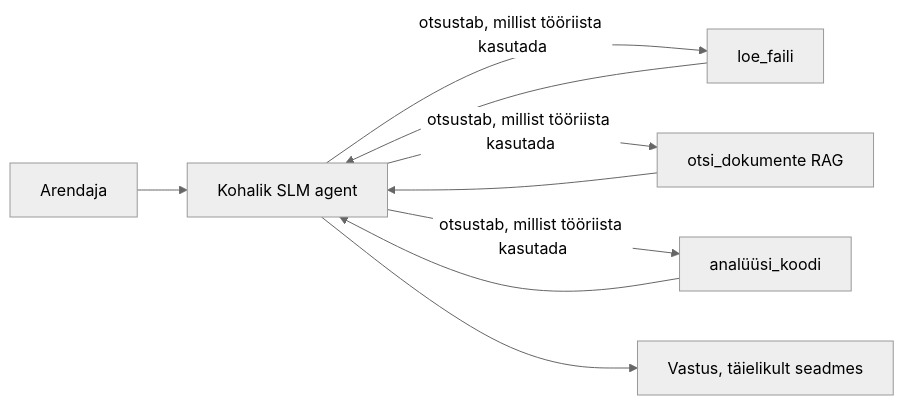
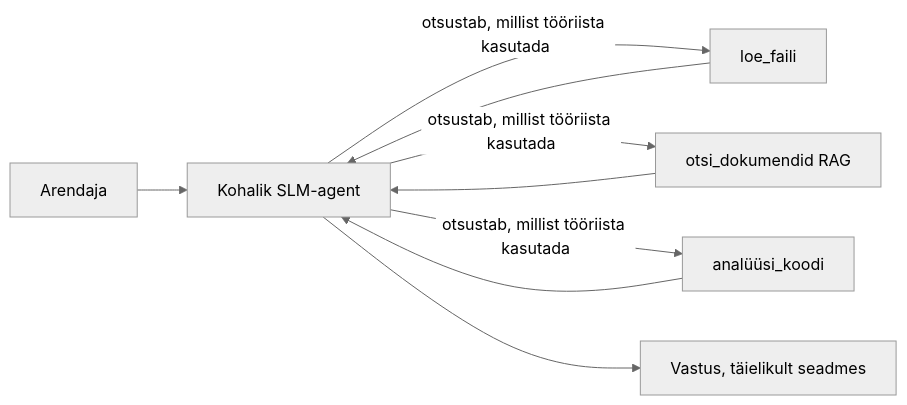
Before and after one commit to gabrielmoreira/agent-skills-mirror: the first of 4 diagrams in mirrors/repos/microsoft@ai-agents-for-beginners/translations/et/17-creating-local-ai-agents/README.md, drawn with Mermaid (neutral theme). The commit also changed other lines of this file and 4262 other files, not shown here.

````diff
--- a/mirrors/repos/microsoft@ai-agents-for-beginners/translations/et/17-creating-local-ai-agents/README.md
+++ b/mirrors/repos/microsoft@ai-agents-for-beginners/translations/et/17-creating-local-ai-agents/README.md
@@ -66,11 +66,11 @@
 ```mermaid
 flowchart LR
-    U[Arendaja] --> A[Kohalik SLM agent]
+    U[Arendaja] --> A[Kohalik SLM-agent]
     A -->|otsustab, millist tööriista kasutada| T1[loe_faili]
-    A -->|otsustab, millist tööriista kasutada| T2[otsi_dokumente RAG]
+    A -->|otsustab, millist tööriista kasutada| T2[otsi_dokumendid RAG]
     A -->|otsustab, millist tööriista kasutada| T3[analüüsi_koodi]
     T1 --> A
     T2 --> A
     T3 --> A
     A --> R[Vastus, täielikult seadmes]
 ```
````
